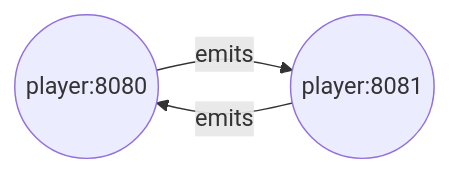
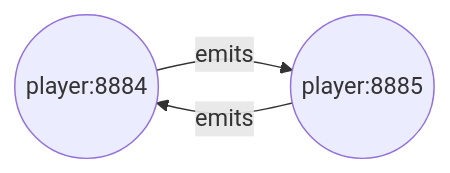
One commit to bvandewe/events-player changed the diagram in README.md. Above: the diagram before and after it, drawn with Mermaid. The commit also changed other lines of this file and 3 other files, not shown here.

````diff
--- a/README.md
+++ b/README.md
@@ -13,6 +23,5 @@
 ```mermaid
 flowchart LR
-    A((player:8080)) -->|emits|B((player:8081))
+    A((player:8884)) -->|emits|B((player:8885))
     B -->|emits|A
-
 ```
````
